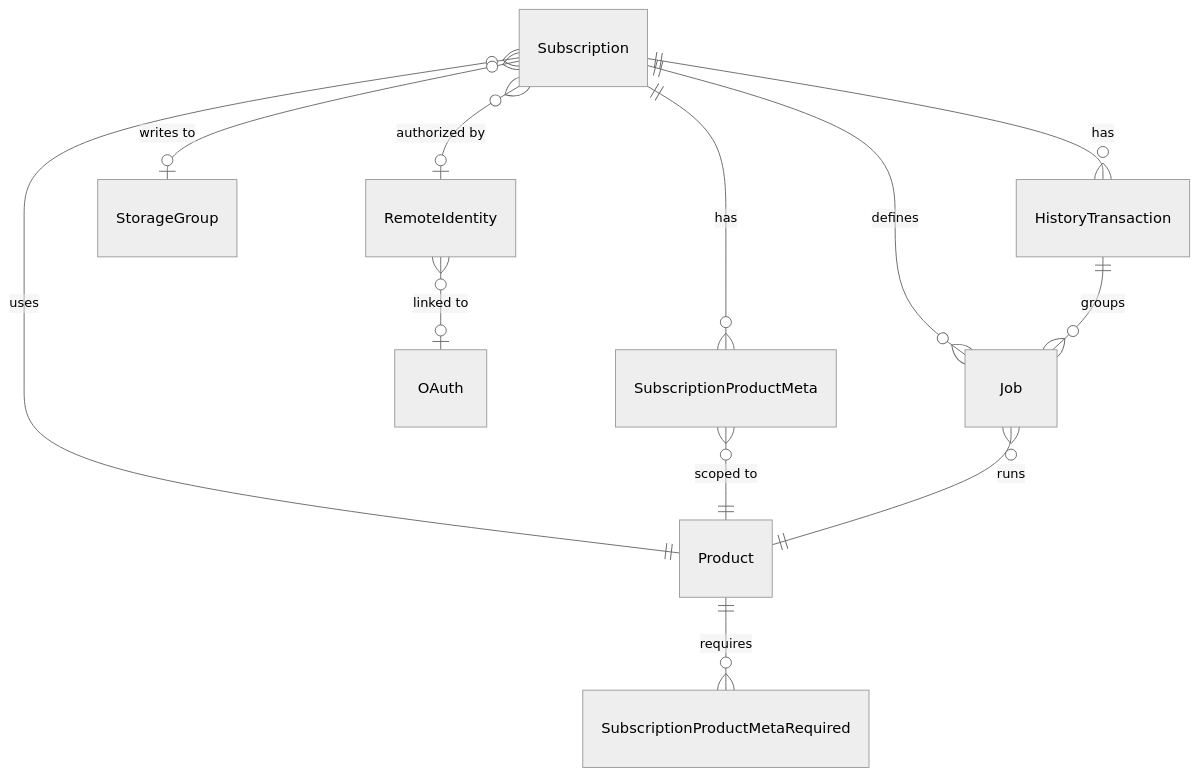
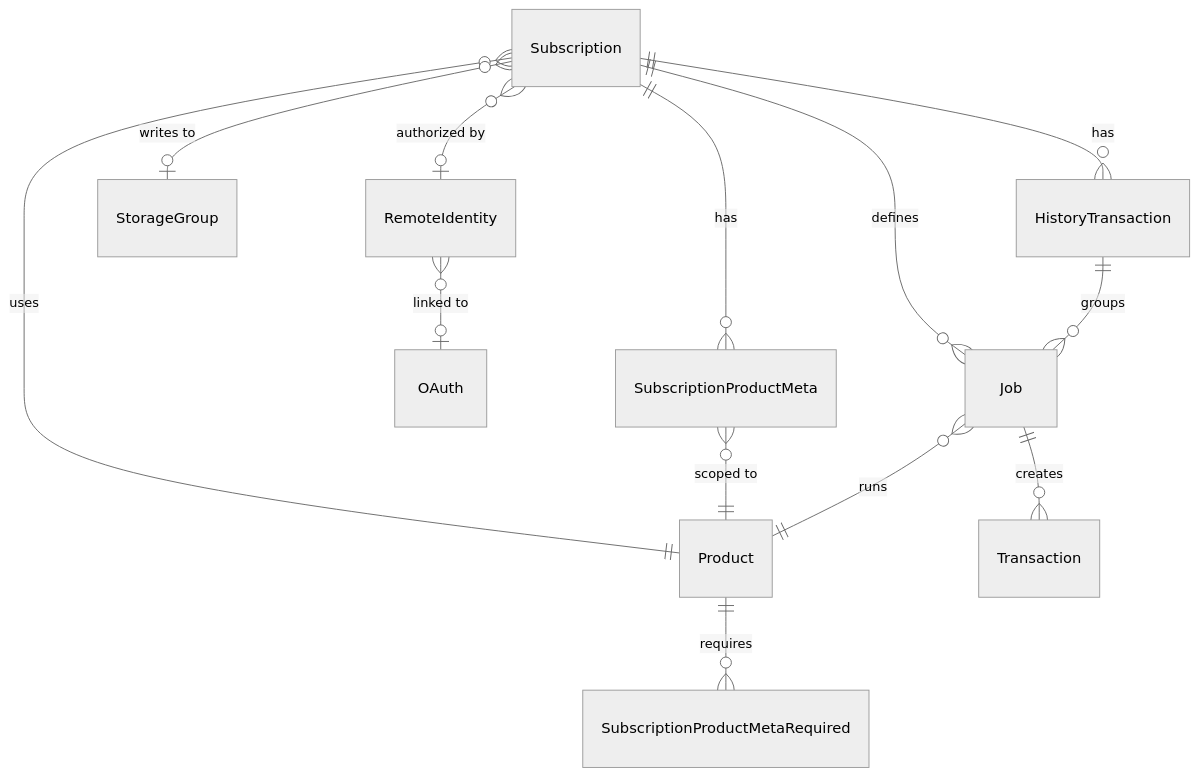
The diagram in api-usage-docs/data-model.md (openbridge/embedded-api), drawn with Mermaid (neutral theme) before and after one commit. The commit also changed other lines of this file, not shown here.

````diff
--- a/api-usage-docs/data-model.md
+++ b/api-usage-docs/data-model.md
@@ -19,14 +19,15 @@
 ```mermaid
 erDiagram
     Subscription ||--o{ SubscriptionProductMeta : "has"
     Subscription }o--|| Product : "uses"
     Subscription }o--o| RemoteIdentity : "authorized by"
     Subscription }o--o| StorageGroup : "writes to"
     RemoteIdentity }o--o| OAuth : "linked to"
     Product ||--o{ SubscriptionProductMetaRequired : "requires"
     SubscriptionProductMeta }o--|| Product : "scoped to"
     Subscription ||--o{ Job : "defines"
     Job }o--|| Product : "runs"
     Subscription ||--o{ HistoryTransaction : "has"
     HistoryTransaction ||--o{ Job : "groups"
+    Job ||--o{ Transaction : "creates"
 ```
````
